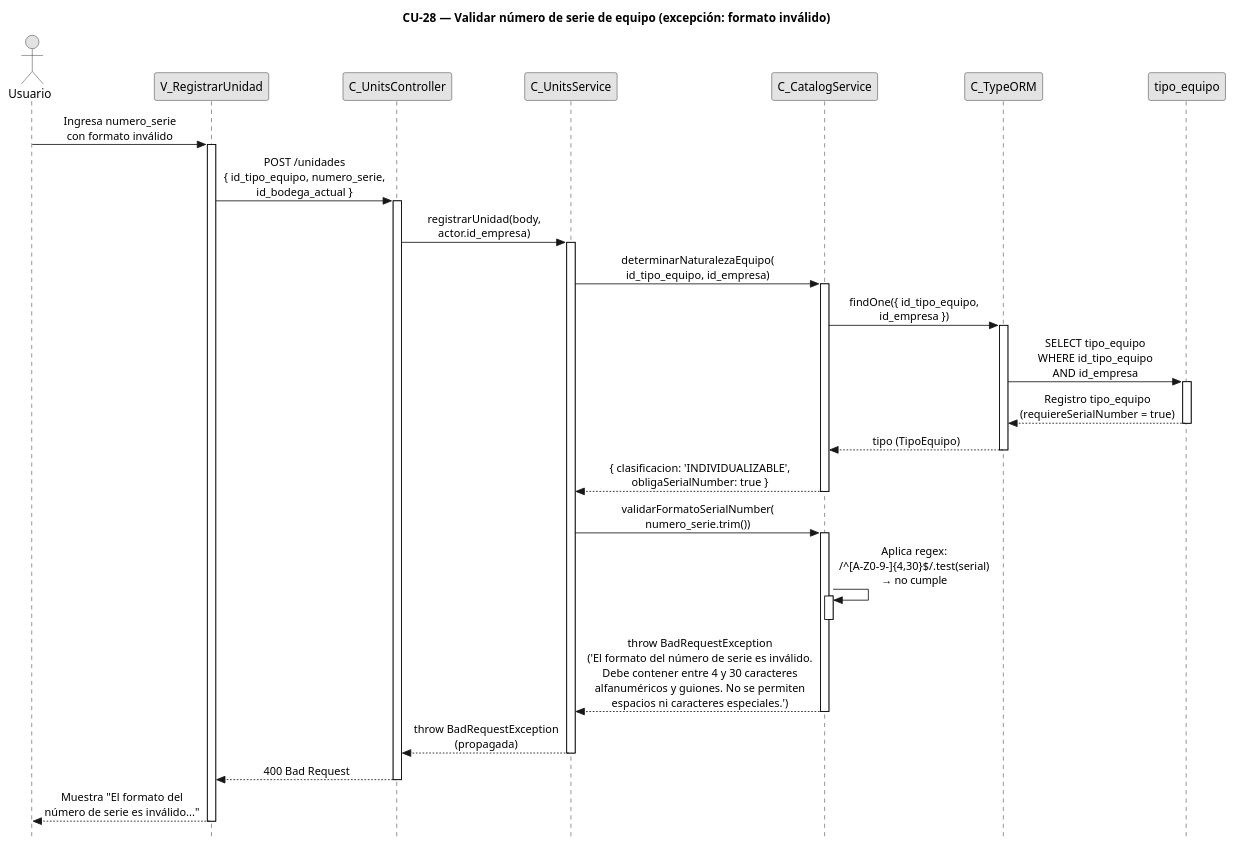
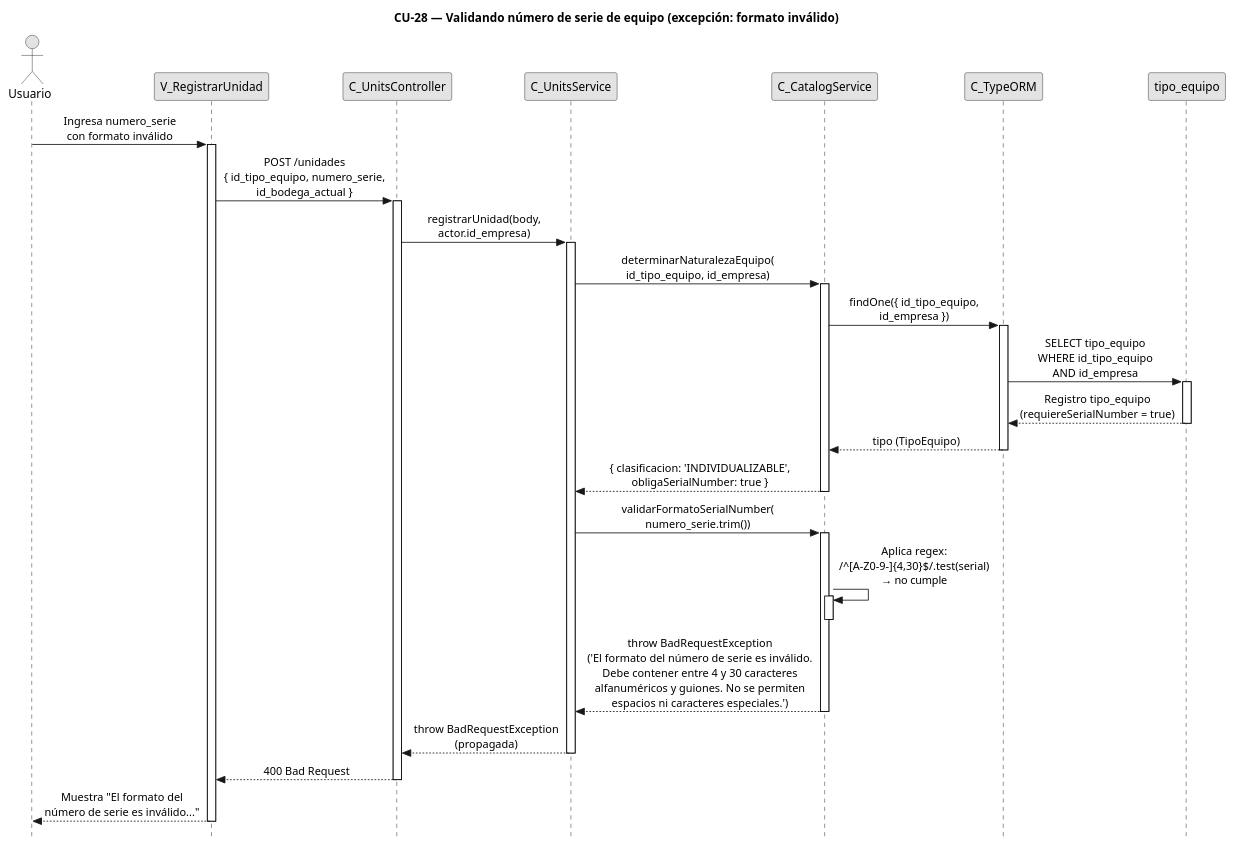
One commit to FSM-Finet-y-Cable-Magico/Team_1-Inventario-y-Bodega changed the diagram in diagramas/diagramas-secuencia/CU28/CU28-exc-formato-invalido.puml. Above: the diagram before and after it, drawn with PlantUML. The commit also changed 155 other files, not shown here.

Commit message:
fix: titulos de diagramas de secuencia en gerundio

```diff
--- a/diagramas/diagramas-secuencia/CU28/CU28-exc-formato-invalido.puml
+++ b/diagramas/diagramas-secuencia/CU28/CU28-exc-formato-invalido.puml
@@ -1,77 +1,77 @@
 @startuml CU28-exc-formato-invalido
-title CU-28 — Validar número de serie de equipo (excepción: formato inválido)
+title CU-28 — Validando número de serie de equipo (excepción: formato inválido)
 
 skinparam style strictuml
 skinparam monochrome true
 skinparam shadowing false
 skinparam sequenceMessageAlign center
 <style>
 sequenceDiagram {
   participant {
     Margin 35
   }
   actor {
     Margin 15
   }
 }
 </style>
 skinparam sequence {
   MessageAlign center
   LifeLineBorderColor black
 }
 hide footbox
 
 actor "Usuario" as user
 participant "V_RegistrarUnidad" as view
 participant "C_UnitsController" as ctrl
 participant "C_UnitsService" as units
 participant "C_CatalogService" as catalog
 participant "C_TypeORM" as orm
 participant "tipo_equipo" as tent
 
 user -> view : Ingresa numero_serie\ncon formato inválido
 activate view
 
 view -> ctrl : POST /unidades\n{ id_tipo_equipo, numero_serie,\nid_bodega_actual }
 activate ctrl
 
 ctrl -> units : registrarUnidad(body,\nactor.id_empresa)
 activate units
 
 units -> catalog : determinarNaturalezaEquipo(\nid_tipo_equipo, id_empresa)
 activate catalog
 
 catalog -> orm : findOne({ id_tipo_equipo,\nid_empresa })
 activate orm
 
 orm -> tent : SELECT tipo_equipo\nWHERE id_tipo_equipo\nAND id_empresa
 activate tent
 tent --> orm : Registro tipo_equipo\n(requiereSerialNumber = true)
 deactivate tent
 
 orm --> catalog : tipo (TipoEquipo)
 deactivate orm
 
 catalog --> units : { clasificacion: 'INDIVIDUALIZABLE',\nobligaSerialNumber: true }
 deactivate catalog
 
 units -> catalog : validarFormatoSerialNumber(\nnumero_serie.trim())
 activate catalog
 
 catalog -> catalog : Aplica regex:\n/^[A-Z0-9-]{4,30}$/.test(serial)\n→ no cumple
 activate catalog
 deactivate catalog
 
 catalog --> units : throw BadRequestException\n('El formato del número de serie es inválido.\nDebe contener entre 4 y 30 caracteres\nalfanuméricos y guiones. No se permiten\nespacios ni caracteres especiales.')
 deactivate catalog
 
 units --> ctrl : throw BadRequestException\n(propagada)
 deactivate units
 
 ctrl --> view : 400 Bad Request
 deactivate ctrl
 
 view --> user : Muestra "El formato del\nnúmero de serie es inválido..."
 deactivate view
 
 @enduml
```
